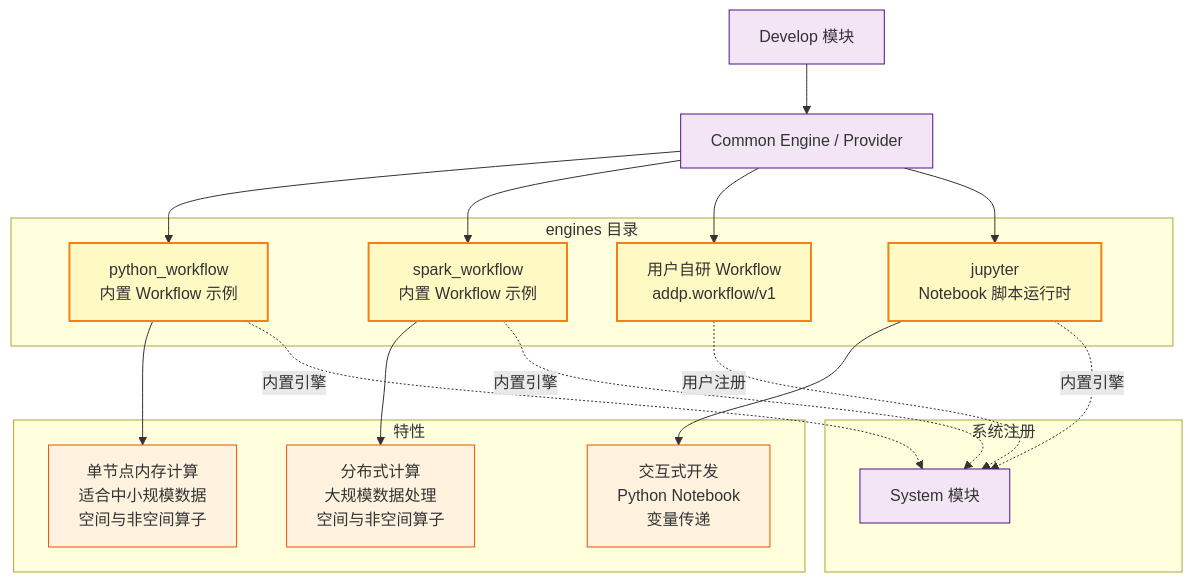
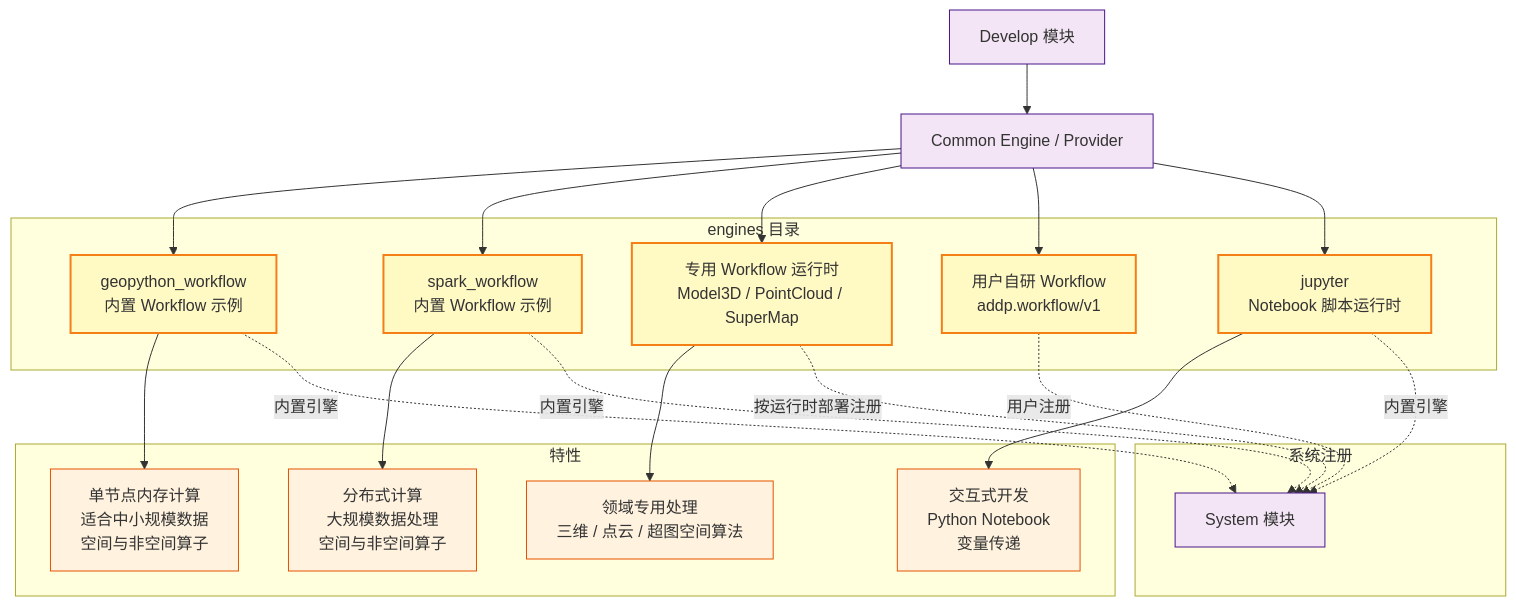
One commit to pampa0629/addp changed the ninth of 12 diagrams in docs/concepts/addp模块架构图.md. Above: the diagram before and after it, drawn with Mermaid. The commit also changed other lines of this file and 175 other files, not shown here.

````diff
--- a/docs/concepts/addp模块架构图.md
+++ b/docs/concepts/addp模块架构图.md
@@ -621,36 +621,40 @@
 ```mermaid
 graph TB
     subgraph "engines 目录"
-        PyWorkflow[python_workflow<br/>内置 Workflow 示例]
+        PyWorkflow[geopython_workflow<br/>内置 Workflow 示例]
         SparkWorkflow[spark_workflow<br/>内置 Workflow 示例]
+        DomainWorkflow[专用 Workflow 运行时<br/>Model3D / PointCloud / SuperMap]
         CustomWorkflow[用户自研 Workflow<br/>addp.workflow/v1]
         Jupyter[jupyter<br/>Notebook 脚本运行时]
     end
 
     subgraph "特性"
         PyWorkflow --> PyFeature[单节点内存计算<br/>适合中小规模数据<br/>空间与非空间算子]
         SparkWorkflow --> SparkFeature[分布式计算<br/>大规模数据处理<br/>空间与非空间算子]
+        DomainWorkflow --> DomainFeature[领域专用处理<br/>三维 / 点云 / 超图空间算法]
         Jupyter --> JupyterFeature[交互式开发<br/>Python Notebook<br/>变量传递]
     end
 
     subgraph "系统注册"
         PyWorkflow -.内置引擎.-> System[System 模块]
         SparkWorkflow -.内置引擎.-> System
+        DomainWorkflow -.按运行时部署注册.-> System
         Jupyter -.内置引擎.-> System
         CustomWorkflow -.用户注册.-> System
     end
 
     Develop[Develop 模块] --> Provider[Common Engine / Provider]
     Provider --> PyWorkflow
     Provider --> SparkWorkflow
+    Provider --> DomainWorkflow
     Provider --> CustomWorkflow
     Provider --> Jupyter
 
     classDef engine fill:#fff9c4,stroke:#f57f17,stroke-width:2px
     classDef feature fill:#fff3e0,stroke:#e65100
     classDef module fill:#f3e5f5,stroke:#4a148c
 
-    class PyWorkflow,SparkWorkflow,CustomWorkflow,Jupyter engine
-    class PyFeature,SparkFeature,JupyterFeature feature
+    class PyWorkflow,SparkWorkflow,DomainWorkflow,CustomWorkflow,Jupyter engine
+    class PyFeature,SparkFeature,DomainFeature,JupyterFeature feature
     class Develop,System,Provider module
 ```
````
